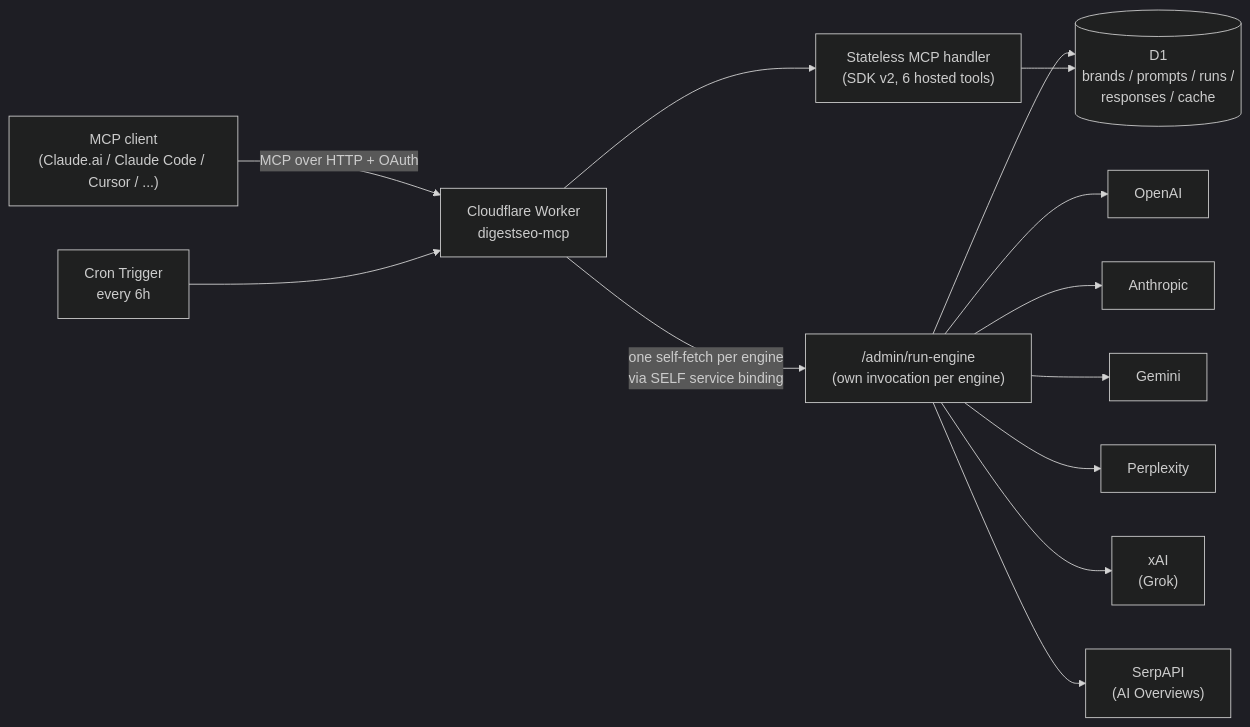
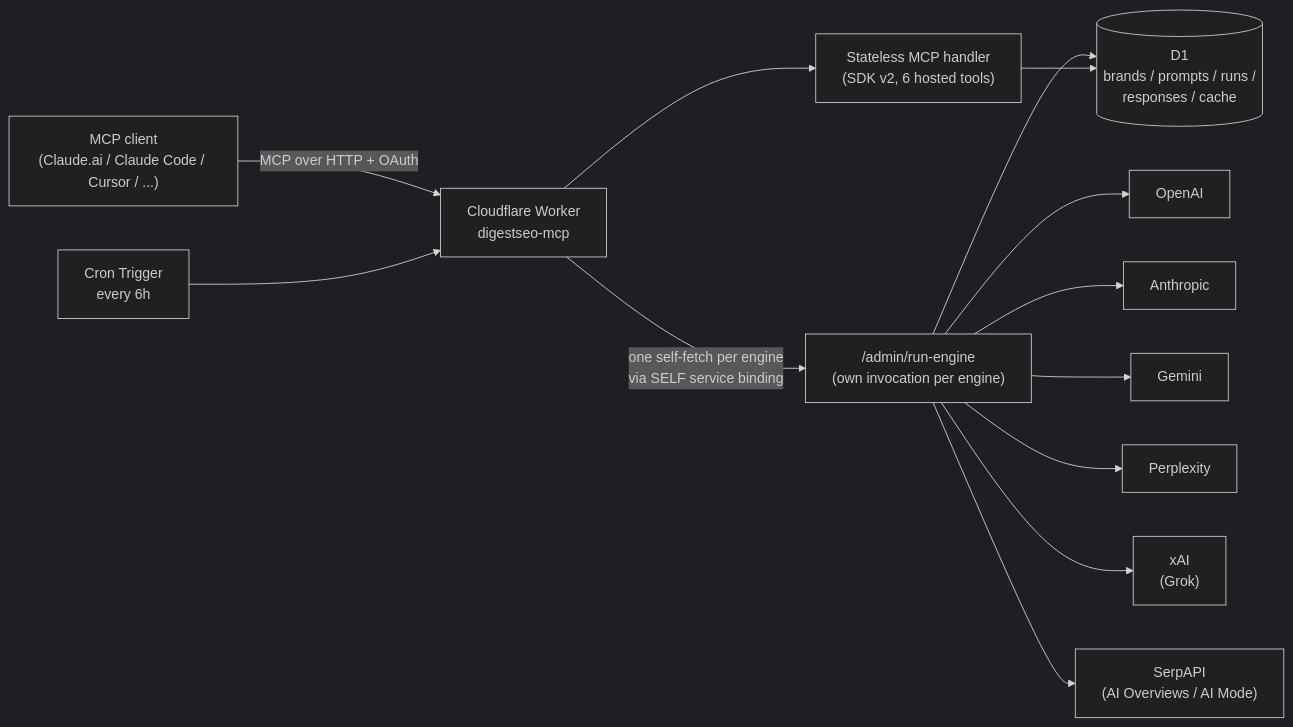
Before and after one commit to AKzar1el/mcp-geo: the diagram in README.md, drawn with Mermaid (dark theme). The commit also changed 4 other files, not shown here.

````diff
--- a/README.md
+++ b/README.md
@@ -721,15 +721,15 @@
 ```mermaid
 flowchart LR
     C["MCP client<br/>(Claude.ai / Claude Code / Cursor / ...)"] -- "MCP over HTTP + OAuth" --> W["Cloudflare Worker<br/>digestseo-mcp"]
     CRON["Cron Trigger<br/>every 6h"] --> W
     W --> MCP["Stateless MCP handler<br/>(SDK v2, 6 hosted tools)"]
     W -- "one self-fetch per engine<br/>via SELF service binding" --> RE["/admin/run-engine<br/>(own invocation per engine)"]
     RE --> E1["OpenAI"]
     RE --> E2["Anthropic"]
     RE --> E3["Gemini"]
     RE --> E4["Perplexity"]
     RE --> E5["xAI<br/>(Grok)"]
-    RE --> E6["SerpAPI<br/>(AI Overviews)"]
+    RE --> E6["SerpAPI<br/>(AI Overviews / AI Mode)"]
     RE --> DB[("D1<br/>brands / prompts / runs /<br/>responses / cache")]
     MCP --> DB
 ```
````
